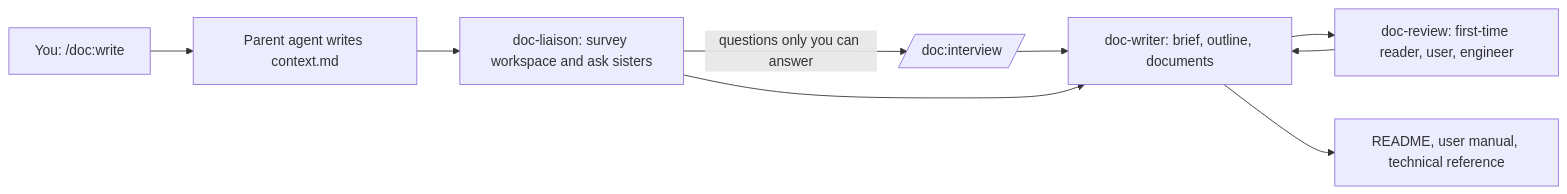
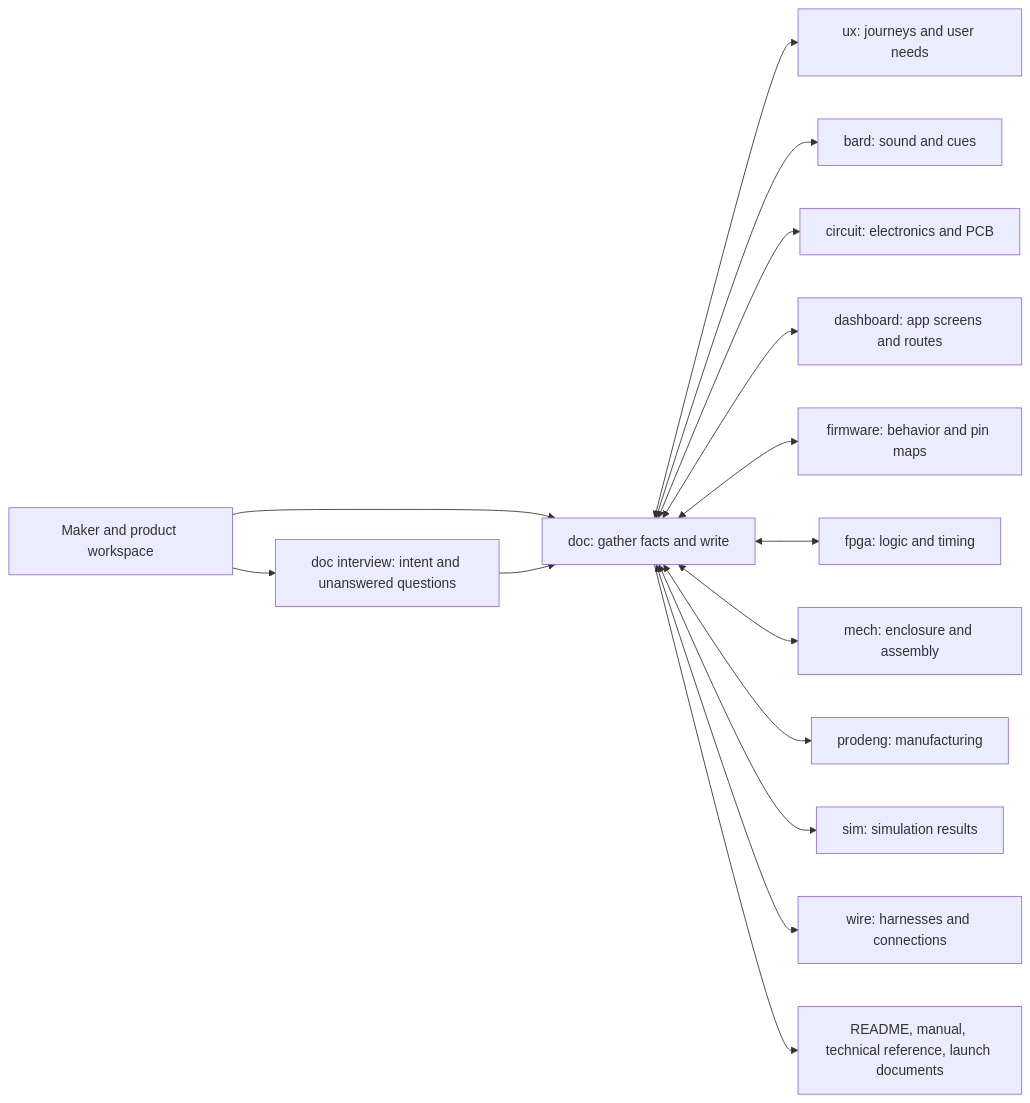
The first of 2 diagrams in README.md (VibeBB/document-agent), drawn with Mermaid before and after one commit. The commit also changed other lines of this file and 24 other files, not shown here.

````diff
--- a/README.md
+++ b/README.md
@@ -49,11 +38,17 @@
 ```mermaid
 flowchart LR
-    U[You: /doc:write] --> P[Parent agent writes context.md]
-    P --> L[doc-liaison: survey workspace and ask sisters]
-    L -->|questions only you can answer| I[/doc:interview/]
-    I --> W[doc-writer: brief, outline, documents]
-    L --> W
-    W --> R[doc-review: first-time reader, user, engineer]
-    R --> W
-    W --> D[README, user manual, technical reference]
+    Maker[Maker and product workspace] --> Doc[doc: gather facts and write]
+    Doc <--> UX[ux: journeys and user needs]
+    Doc <--> Bard[bard: sound and cues]
+    Doc <--> Circuit[circuit: electronics and PCB]
+    Doc <--> Dashboard[dashboard: app screens and routes]
+    Doc <--> Firmware[firmware: behavior and pin maps]
+    Doc <--> FPGA[fpga: logic and timing]
+    Doc <--> Mech[mech: enclosure and assembly]
+    Doc <--> Prodeng[prodeng: manufacturing]
+    Doc <--> Sim[sim: simulation results]
+    Doc <--> Wire[wire: harnesses and connections]
+    Doc --> Outputs[README, manual, technical reference, launch documents]
+    Maker --> Interview[doc interview: intent and unanswered questions]
+    Interview --> Doc
 ```
````
